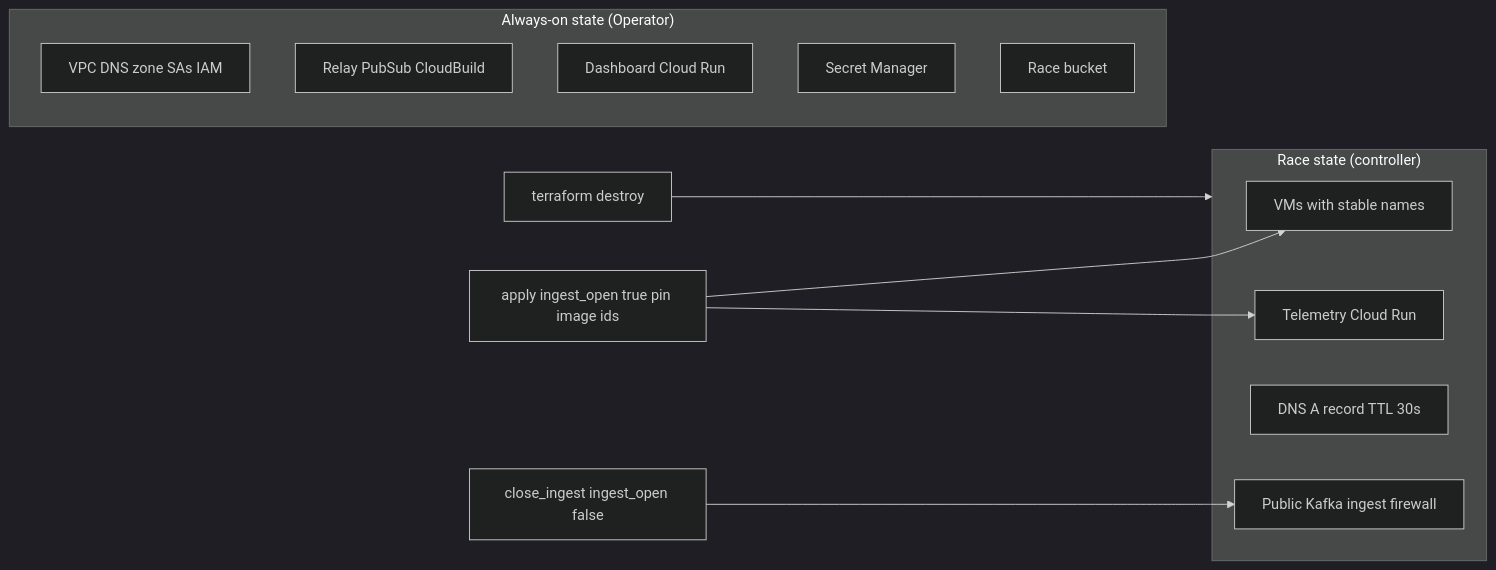
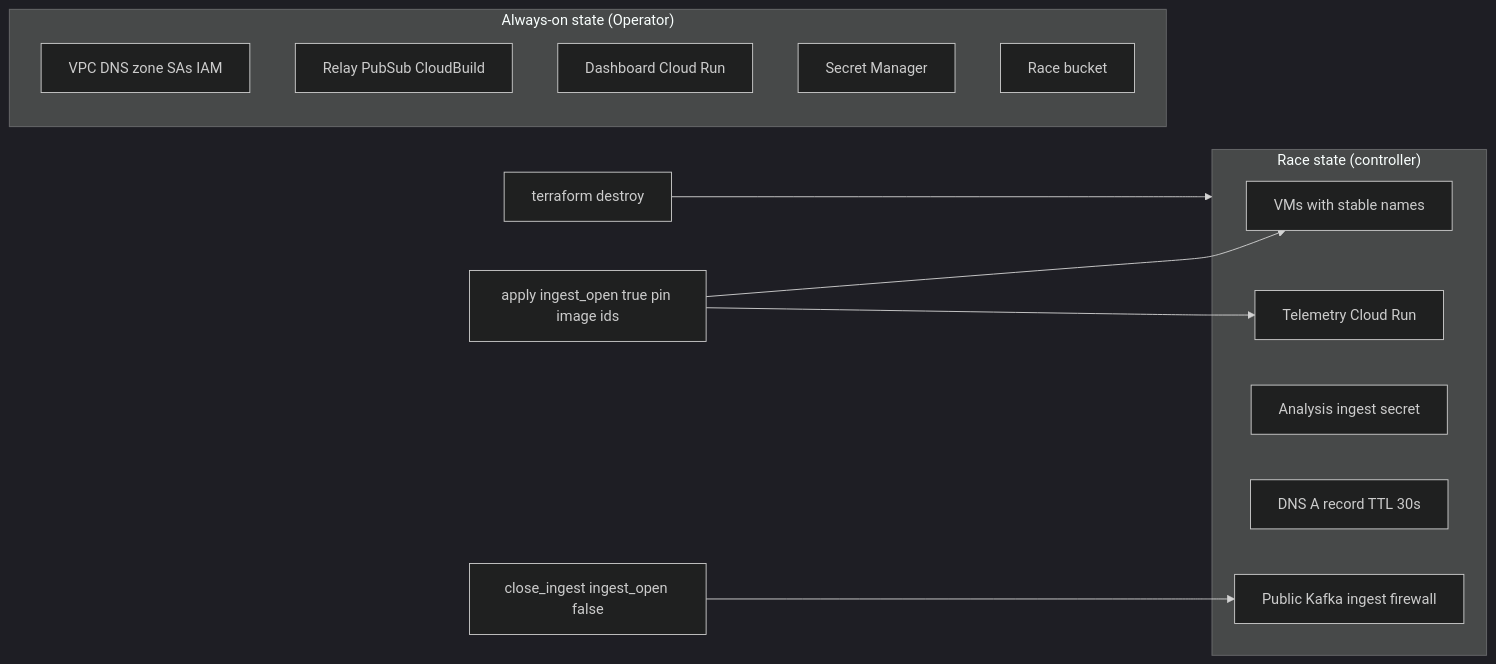
The diagram in docs/component-terraform.md (ChronoRacer/chronoracer), drawn with Mermaid (dark theme) before and after one commit. The commit also changed other lines of this file and 52 other files, not shown here.

````diff
--- a/docs/component-terraform.md
+++ b/docs/component-terraform.md
@@ -272,23 +281,24 @@
 ```mermaid
 flowchart LR
     subgraph alwaysOn ["Always-on state (Operator)"]
         VPC[VPC DNS zone SAs IAM]
         Relay[Relay PubSub CloudBuild]
         Dash[Dashboard Cloud Run]
         SM[Secret Manager]
         Bucket[Race bucket]
     end
     subgraph raceState ["Race state (controller)"]
         VMs[VMs with stable names]
         Telemetry[Telemetry Cloud Run]
+        RaceSecret[Analysis ingest secret]
         ARec[DNS A record TTL 30s]
         Fw[Public Kafka ingest firewall]
     end
     apply[apply ingest_open true pin image ids]
     close[close_ingest ingest_open false]
     destroy[terraform destroy]
     apply --> VMs
     apply --> Telemetry
     close --> Fw
     destroy --> raceState
 ```
````
